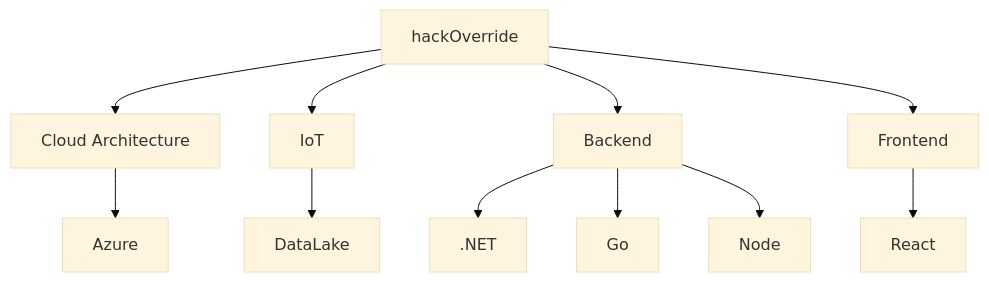
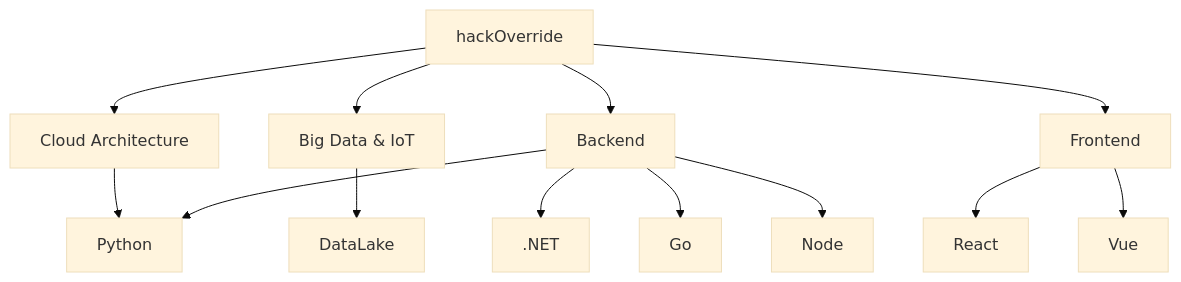
Before and after one commit to hackoverride/hackoverride: the diagram in README.md, drawn with Mermaid (base theme).

````diff
--- a/README.md
+++ b/README.md
@@ -5,13 +5,15 @@
 ```mermaid
   graph TD;
       A[hackOverride]-->B[Cloud Architecture];
       B-->K[Azure];
-      A-->C[IoT];
+      A-->C[Big Data & IoT];
       C-->F[DataLake];
       A-->D[Backend];
       D-->G[.NET];
       D-->H[Go];
       D-->I[Node];
+      D-->K[Python];
       A-->E[Frontend];
       E-->J[React];
+      E-->L[Vue];
 ```
````
